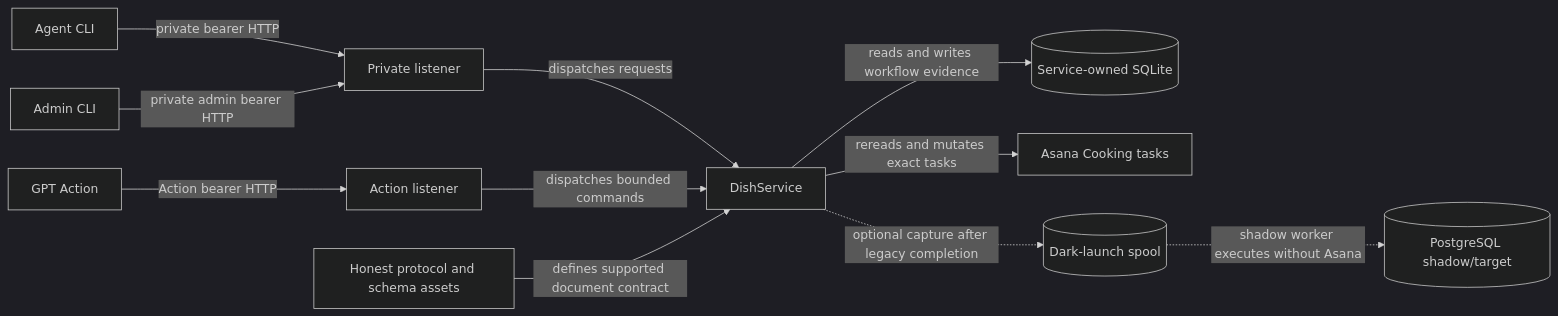
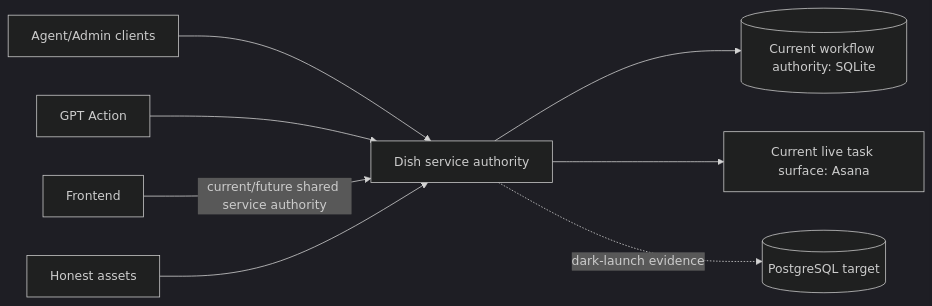
Before and after one commit to marcogallotta/ai-tools: the diagram in dish/docs/architecture/index.md, drawn with Mermaid (dark theme). The commit also changed other lines of this file and 19 other files, not shown here.

First line of the commit message:
docs: rewrite architecture knowledge base for concision, preserve agent_guidance invariant

````diff
--- a/dish/docs/architecture/index.md
+++ b/dish/docs/architecture/index.md
@@ -13,13 +13,10 @@
 ```mermaid
 flowchart LR
-    Agent[Agent CLI] -->|private bearer HTTP| Private[Private listener]
-    Admin[Admin CLI] -->|private admin bearer HTTP| Private
-    GPT[GPT Action] -->|Action bearer HTTP| Action[Action listener]
-    Private -->|dispatches requests| Service[DishService]
-    Action -->|dispatches bounded commands| Service
-    Service -->|reads and writes workflow evidence| SQLite[(Service-owned SQLite)]
-    Service -->|rereads and mutates exact tasks| Asana[Asana Cooking tasks]
-    Honest[Honest protocol and schema assets] -->|defines supported document contract| Service
-    Service -.->|optional capture after legacy completion| Spool[(Dark-launch spool)]
-    Spool -.->|shadow worker executes without Asana| PostgreSQL[(PostgreSQL shadow/target)]
+    CLI[Agent/Admin clients] --> Service[Dish service authority]
+    GPT[GPT Action] --> Service
+    Frontend[Frontend] -->|current/future shared service authority| Service
+    Honest[Honest assets] --> Service
+    Service --> SQLite[(Current workflow authority: SQLite)]
+    Service --> Asana[Current live task surface: Asana]
+    Service -. dark-launch evidence .-> PG[(PostgreSQL target)]
 ```
````
